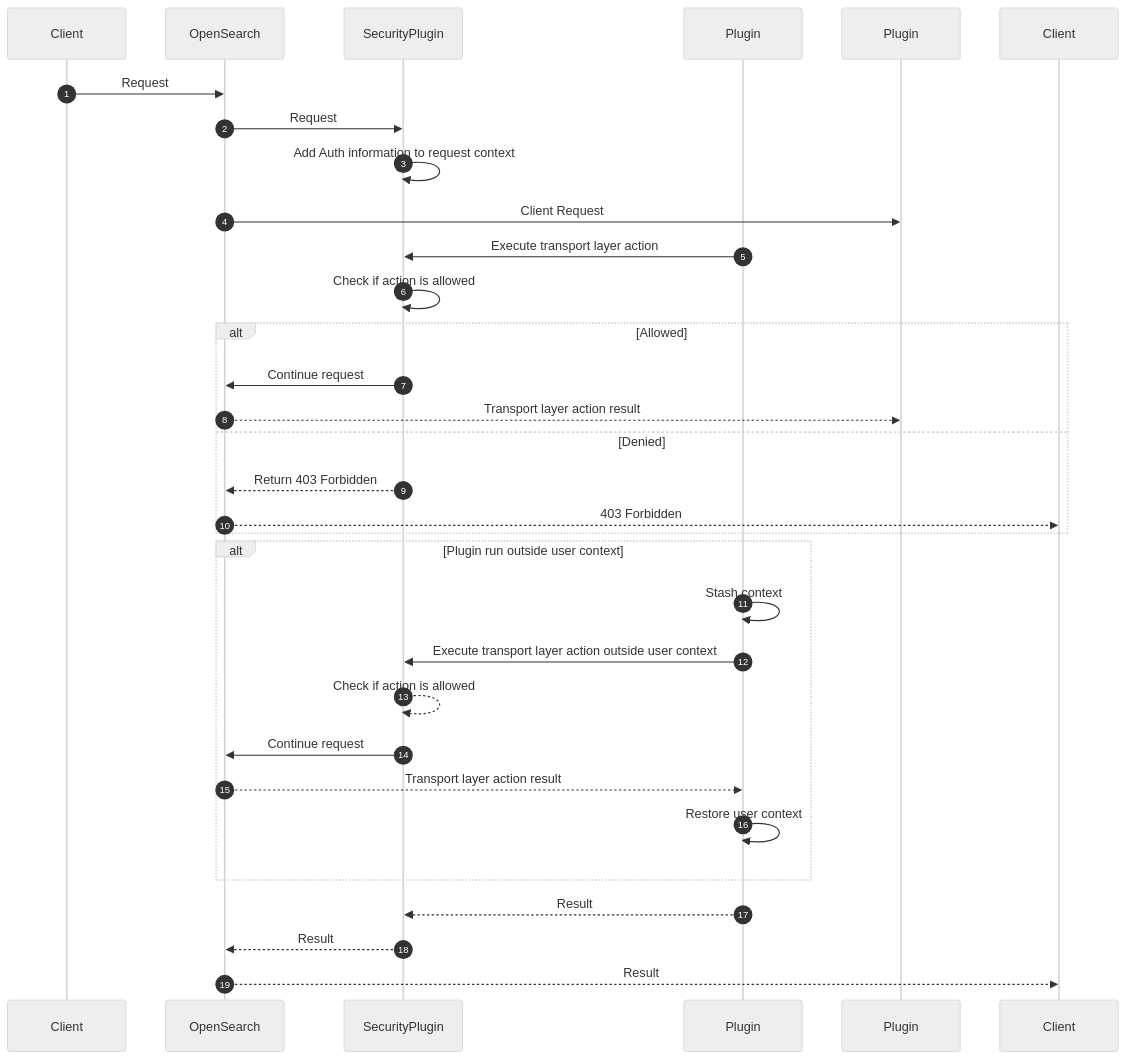
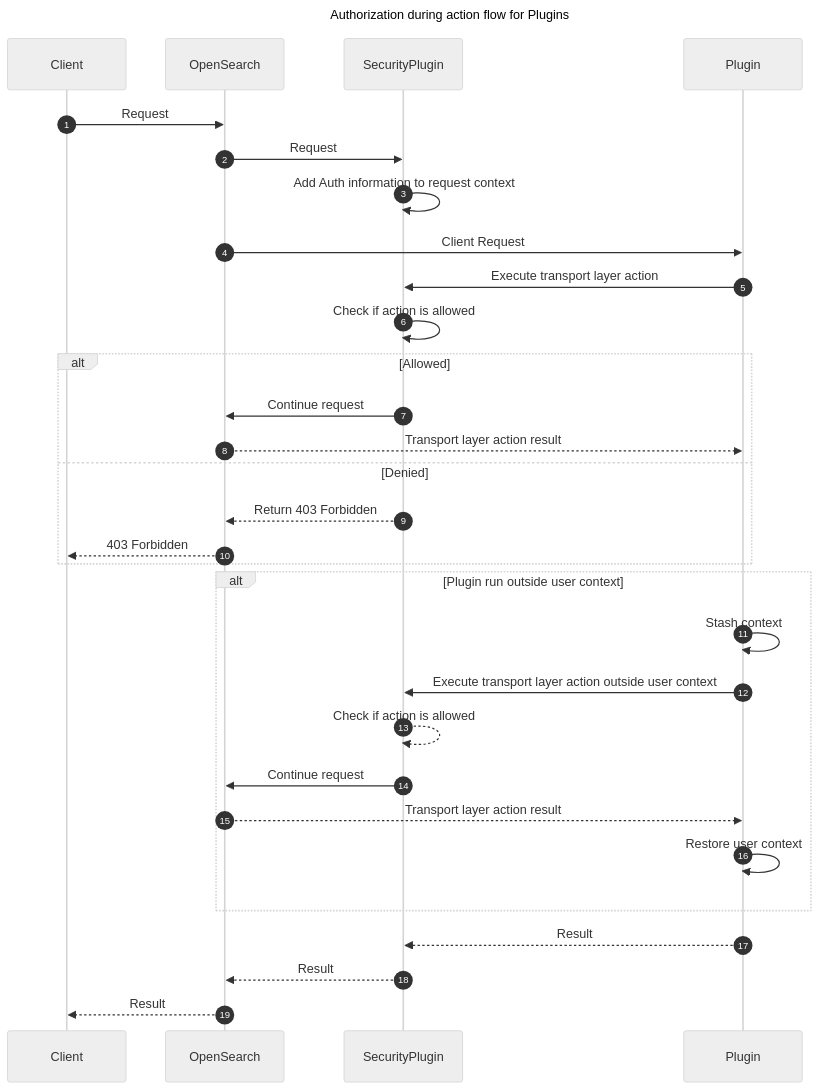
One commit to opensearch-project/security changed the fifth of 7 diagrams in ARCHITECTURE.md. Above: the diagram before and after it, drawn with Mermaid (neutral theme).

Commit message:
Fix bad plugin/client references

````diff
--- a/ARCHITECTURE.md
+++ b/ARCHITECTURE.md
@@ -143,33 +143,34 @@
 ```mermaid
 sequenceDiagram
+    title Authorization during action flow for Plugins
     autonumber
     participant C as Client
     participant OS as OpenSearch
     participant SP as SecurityPlugin
     participant P as Plugin
 
     C->>OS: Request
     OS->>SP: Request
     SP->>SP: Add Auth information to request context
-    OS->>Plugin: Client Request
+    OS->>P: Client Request
     P->>SP: Execute transport layer action
     SP->>SP: Check if action is allowed
     alt Allowed
         SP->>OS: Continue request
-        OS-->>Plugin: Transport layer action result
+        OS-->>P: Transport layer action result
     else Denied
         SP-->>OS: Return 403 Forbidden
-        OS-->>Client: 403 Forbidden
+        OS-->>C: 403 Forbidden
     end
     alt Plugin run outside user context
     P->>P: Stash context
     P->>SP: Execute transport layer action outside user context
     SP-->>SP: Check if action is allowed
     SP->>OS: Continue request
     OS-->>P: Transport layer action result
     P->>P: Restore user context
     end
     P-->>SP: Result
     SP-->>OS: Result
-    OS-->>Client: Result
+    OS-->>C: Result
 ```
````
